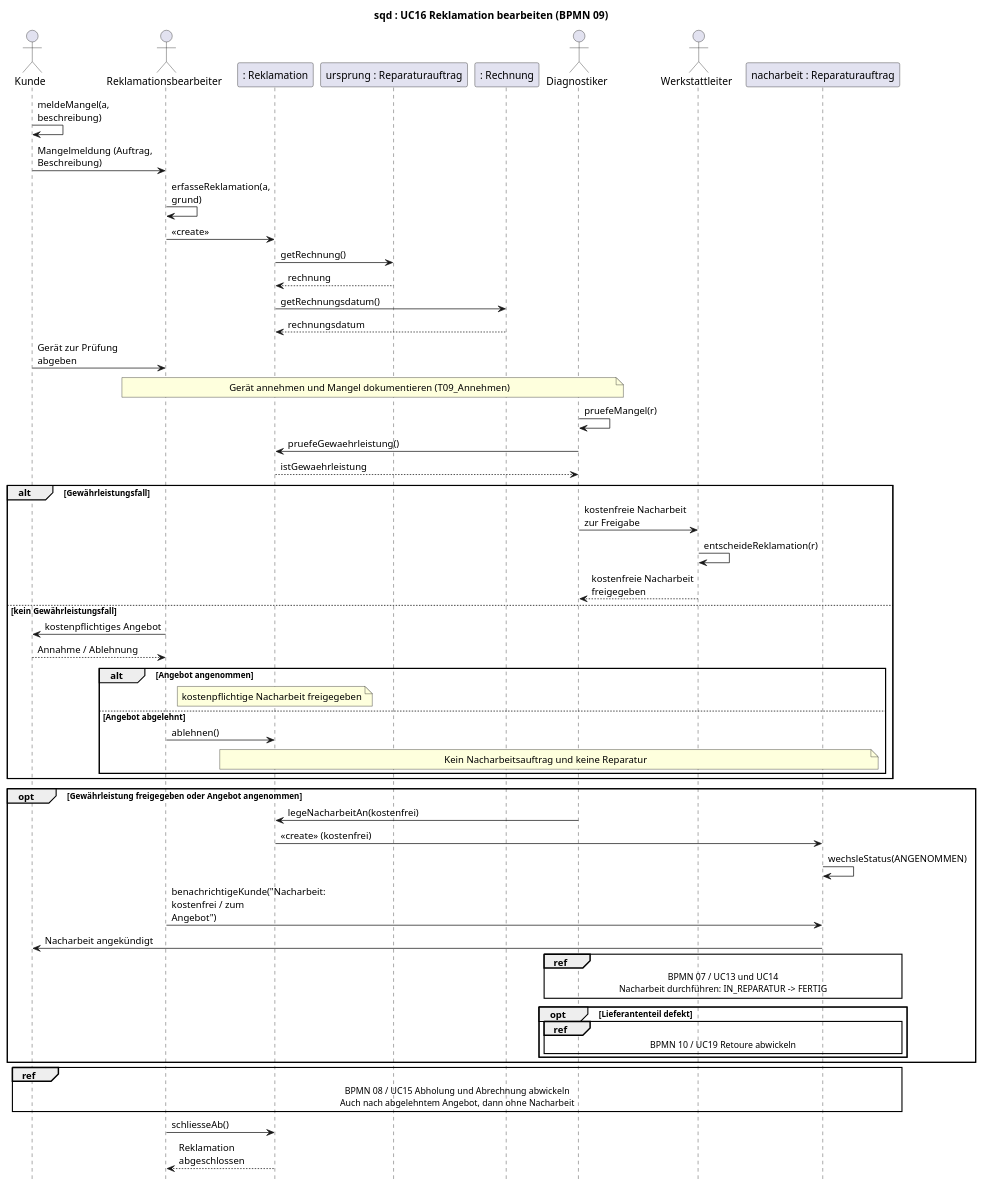
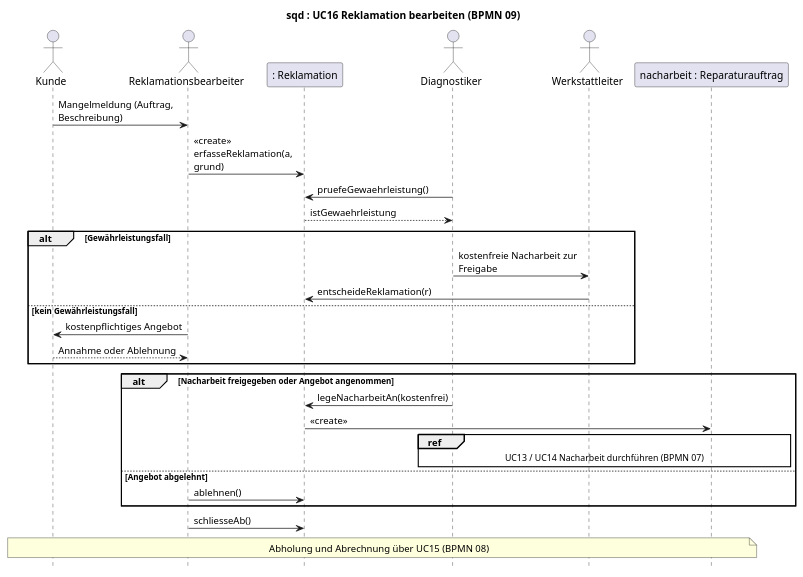
One commit to jakobschwan123-cmd/casestudy-semester-3 changed the diagram in 2_uml/entwurf-plantuml/sequenz-05-reklamation.puml. Above: the diagram before and after it, drawn with PlantUML. The commit also changed 14 other files, not shown here.

First line of the commit message:
[T05 2026-10-15] refactor: cut sequence diagrams down to the core flow (E-28)

```diff
--- a/2_uml/entwurf-plantuml/sequenz-05-reklamation.puml
+++ b/2_uml/entwurf-plantuml/sequenz-05-reklamation.puml
@@ -1,60 +1,36 @@
 @startuml
-' BPMN: p09-reklamation.bpmn
-' BPMN-Nodes: T09_Erfassen T09_Zuordnen T09_Annehmen T09_Pruefen T09_Bewerten GW09_Gewaehr T09_Freigeben T09_Angebot T09_Entscheidung GW09_Angebot T09_Abgelehnt T09_Auftrag T09_Info T09_Reparatur GW09_Teil T09_Retoure T09_Abholung T09_Abschluss
+' BPMN: p09-reklamation.bpmn. Kernablauf: Mangel prüfen, Gewährleistung oder Angebot, Nacharbeitsauftrag, Abschluss.
 title sqd : UC16 Reklamation bearbeiten (BPMN 09)
 skinparam defaultFontName Arial
 skinparam sequenceMessageAlign left
-skinparam maxMessageSize 160
+skinparam maxMessageSize 170
 hide footbox
 
 actor Kunde
 actor Reklamationsbearbeiter as SM
 participant ": Reklamation" as REK
-participant "ursprung : Reparaturauftrag" as RA
-participant ": Rechnung" as RE
-actor Diagnostiker as Techniker
+actor Diagnostiker
 actor Werkstattleiter as WL
 participant "nacharbeit : Reparaturauftrag" as NA
 
-Kunde -> Kunde : meldeMangel(a, beschreibung)
 Kunde -> SM : Mangelmeldung (Auftrag, Beschreibung)
-SM -> SM : erfasseReklamation(a, grund)
-SM -> REK : <<create>>
-REK -> RA : getRechnung()
-RA --> REK : rechnung
-REK -> RE : getRechnungsdatum()
-RE --> REK : rechnungsdatum
-Kunde -> SM : Gerät zur Prüfung abgeben
-note over SM, Techniker : Gerät annehmen und Mangel dokumentieren (T09_Annehmen)
-Techniker -> Techniker : pruefeMangel(r)
-Techniker -> REK : pruefeGewaehrleistung()
-REK --> Techniker : istGewaehrleistung
+SM -> REK : <<create>> erfasseReklamation(a, grund)
+Diagnostiker -> REK : pruefeGewaehrleistung()
+REK --> Diagnostiker : istGewaehrleistung
 alt Gewährleistungsfall
-    Techniker -> WL : kostenfreie Nacharbeit zur Freigabe
-    WL -> WL : entscheideReklamation(r)
-    WL --> Techniker : kostenfreie Nacharbeit freigegeben
+    Diagnostiker -> WL : kostenfreie Nacharbeit zur Freigabe
+    WL -> REK : entscheideReklamation(r)
 else kein Gewährleistungsfall
     SM -> Kunde : kostenpflichtiges Angebot
-    Kunde --> SM : Annahme / Ablehnung
-    alt Angebot angenommen
-        note over REK : kostenpflichtige Nacharbeit freigegeben
-    else Angebot abgelehnt
-        SM -> REK : ablehnen()
-        note over REK, NA : Kein Nacharbeitsauftrag und keine Reparatur
-    end
+    Kunde --> SM : Annahme oder Ablehnung
 end
-opt Gewährleistung freigegeben oder Angebot angenommen
-    Techniker -> REK : legeNacharbeitAn(kostenfrei)
-    REK -> NA : <<create>> (kostenfrei)
-    NA -> NA : wechsleStatus(ANGENOMMEN)
-    SM -> NA : benachrichtigeKunde("Nacharbeit: kostenfrei / zum Angebot")
-    NA -> Kunde : Nacharbeit angekündigt
-    ref over Techniker, NA : BPMN 07 / UC13 und UC14\nNacharbeit durchführen: IN_REPARATUR -> FERTIG
-    opt Lieferantenteil defekt
-        ref over Techniker, NA : BPMN 10 / UC19 Retoure abwickeln
-    end
+alt Nacharbeit freigegeben oder Angebot angenommen
+    Diagnostiker -> REK : legeNacharbeitAn(kostenfrei)
+    REK -> NA : <<create>>
+    ref over Diagnostiker, NA : UC13 / UC14 Nacharbeit durchführen (BPMN 07)
+else Angebot abgelehnt
+    SM -> REK : ablehnen()
 end
-ref over Kunde, SM, RA, NA : BPMN 08 / UC15 Abholung und Abrechnung abwickeln\nAuch nach abgelehntem Angebot, dann ohne Nacharbeit
 SM -> REK : schliesseAb()
-REK --> SM : Reklamation abgeschlossen
+note over Kunde, NA : Abholung und Abrechnung über UC15 (BPMN 08)
 @enduml
```
